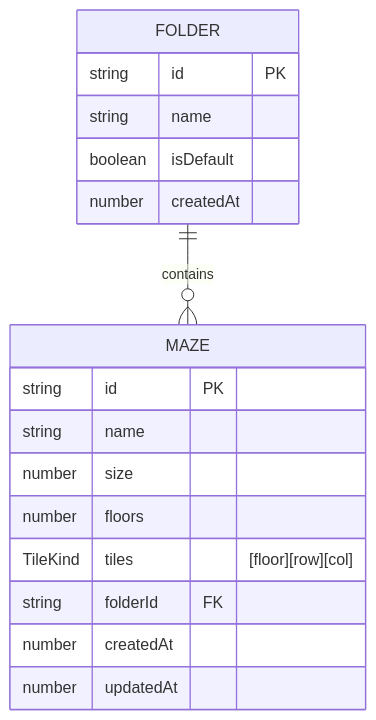
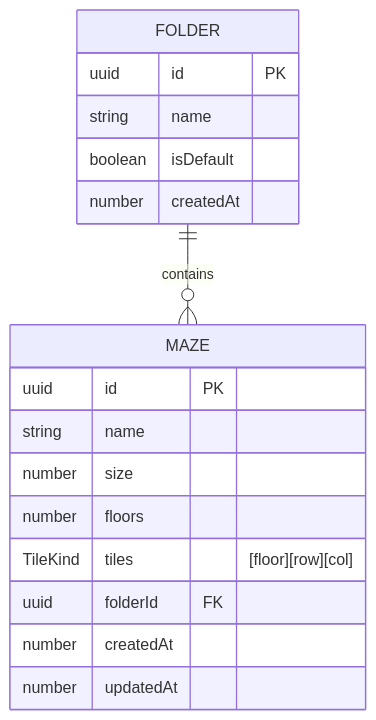
One commit to katsudon08/prog-path changed the diagram in docs/db-design.md. Above: the diagram before and after it, drawn with Mermaid. The commit also changed other lines of this file and 2 other files, not shown here.

First line of the commit message:
docs(db-design): エンティティ ID を UUID v4・未分類は予約 nil UUID として明記 (#231)

````diff
--- a/docs/db-design.md
+++ b/docs/db-design.md
@@ -29,20 +29,20 @@
 ```mermaid
 erDiagram
     FOLDER ||--o{ MAZE : contains
     FOLDER {
-        string id PK
+        uuid id PK
         string name
         boolean isDefault
         number createdAt
     }
     MAZE {
-        string id PK
+        uuid id PK
         string name
         number size
         number floors
         TileKind tiles "[floor][row][col]"
-        string folderId FK
+        uuid folderId FK
         number createdAt
         number updatedAt
     }
 ```
````
